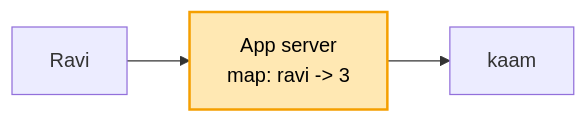
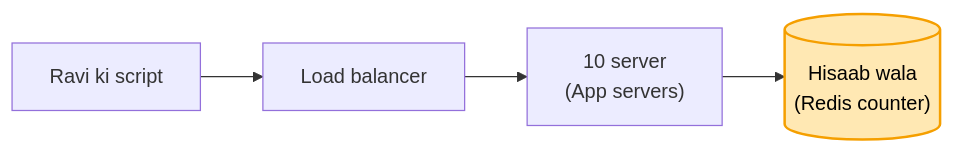
The first of 4 diagrams in 04_HLD/SYSTEM_DESIGNS/02_rate_limiter/02_rate_limiter.md (ArpanMaheshwari144/Prep), drawn with Mermaid before and after one commit. The commit also changed other lines of this file and 13 other files, not shown here.

````diff
--- a/04_HLD/SYSTEM_DESIGNS/02_rate_limiter/02_rate_limiter.md
+++ b/04_HLD/SYSTEM_DESIGNS/02_rate_limiter/02_rate_limiter.md
@@ -60,6 +43,7 @@
 ```mermaid
 flowchart LR
-    U["Ravi"] --> S["App server<br/>map: ravi -> 3"]
-    S --> K["kaam"]
-    style S fill:#ffe8b3,stroke:#f59f00,stroke-width:2px,color:#000
+    U["Ravi ki script"] --> LB["Load balancer"]
+    LB --> S["10 server<br/>(App servers)"]
+    S --> R[("Hisaab wala<br/>(Redis counter)")]
+    style R fill:#ffe8b3,stroke:#f59f00,stroke-width:2px,color:#000
 ```
````
